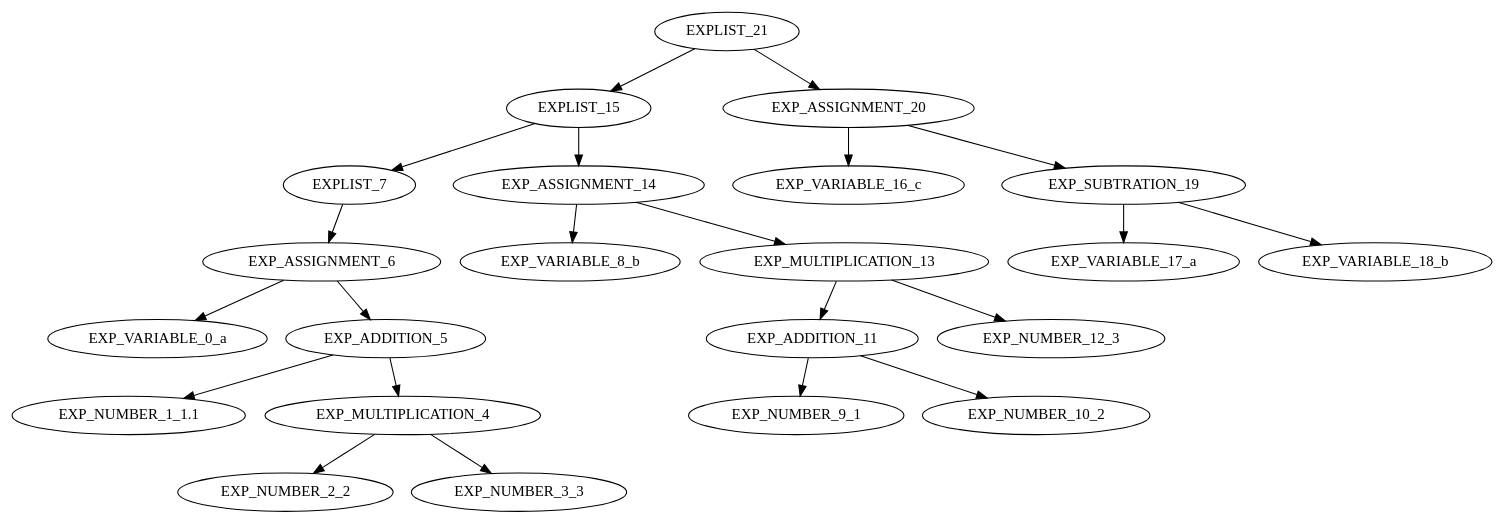
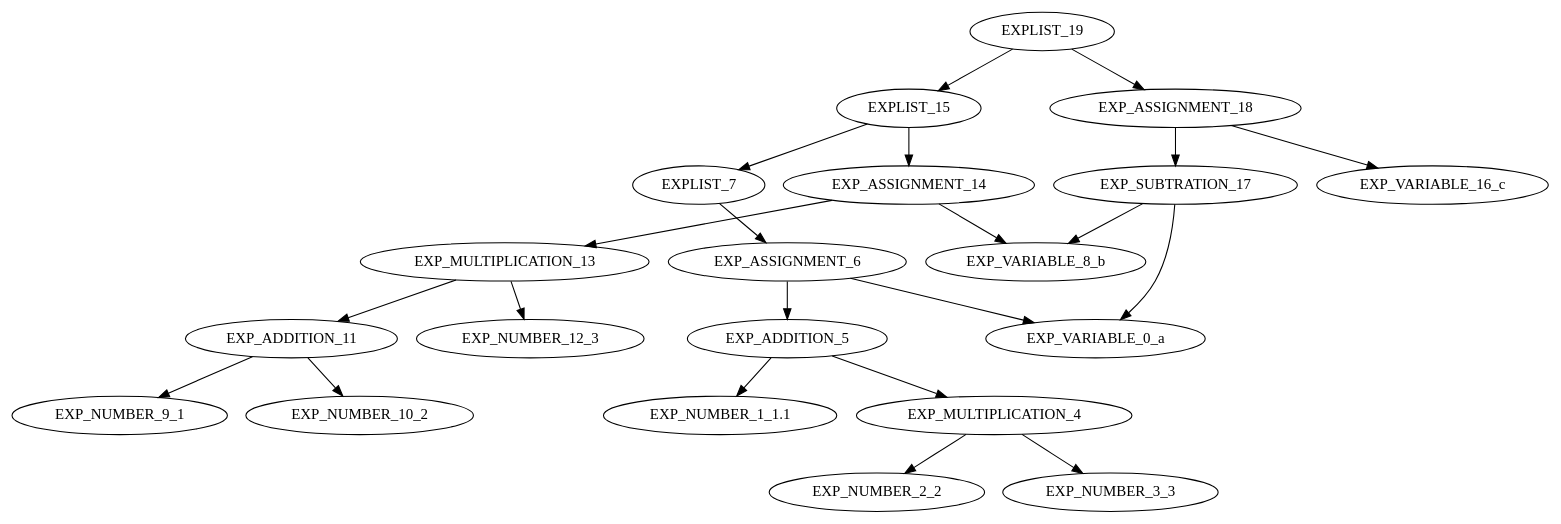
One commit to dhmhgreCompilers1/AdvancedCalculator changed the diagram in AdvancedCalculator/ST.dot. Above: the diagram before and after it, drawn with Graphviz. The commit also changed 12 other files, not shown here.

```diff
--- a/AdvancedCalculator/ST.dot
+++ b/AdvancedCalculator/ST.dot
@@ -1,23 +1,23 @@
 digraph G{
-"EXPLIST_21"->"EXPLIST_15";
+"EXPLIST_19"->"EXPLIST_15";
 "EXPLIST_15"->"EXPLIST_7";
 "EXPLIST_7"->"EXP_ASSIGNMENT_6";
 "EXP_ASSIGNMENT_6"->"EXP_VARIABLE_0_a";
 "EXP_ASSIGNMENT_6"->"EXP_ADDITION_5";
 "EXP_ADDITION_5"->"EXP_NUMBER_1_1.1";
 "EXP_ADDITION_5"->"EXP_MULTIPLICATION_4";
 "EXP_MULTIPLICATION_4"->"EXP_NUMBER_2_2";
 "EXP_MULTIPLICATION_4"->"EXP_NUMBER_3_3";
 "EXPLIST_15"->"EXP_ASSIGNMENT_14";
 "EXP_ASSIGNMENT_14"->"EXP_VARIABLE_8_b";
 "EXP_ASSIGNMENT_14"->"EXP_MULTIPLICATION_13";
 "EXP_MULTIPLICATION_13"->"EXP_ADDITION_11";
 "EXP_ADDITION_11"->"EXP_NUMBER_9_1";
 "EXP_ADDITION_11"->"EXP_NUMBER_10_2";
 "EXP_MULTIPLICATION_13"->"EXP_NUMBER_12_3";
-"EXPLIST_21"->"EXP_ASSIGNMENT_20";
-"EXP_ASSIGNMENT_20"->"EXP_VARIABLE_16_c";
-"EXP_ASSIGNMENT_20"->"EXP_SUBTRATION_19";
-"EXP_SUBTRATION_19"->"EXP_VARIABLE_17_a";
-"EXP_SUBTRATION_19"->"EXP_VARIABLE_18_b";
+"EXPLIST_19"->"EXP_ASSIGNMENT_18";
+"EXP_ASSIGNMENT_18"->"EXP_VARIABLE_16_c";
+"EXP_ASSIGNMENT_18"->"EXP_SUBTRATION_17";
+"EXP_SUBTRATION_17"->"EXP_VARIABLE_0_a";
+"EXP_SUBTRATION_17"->"EXP_VARIABLE_8_b";
 }
```
